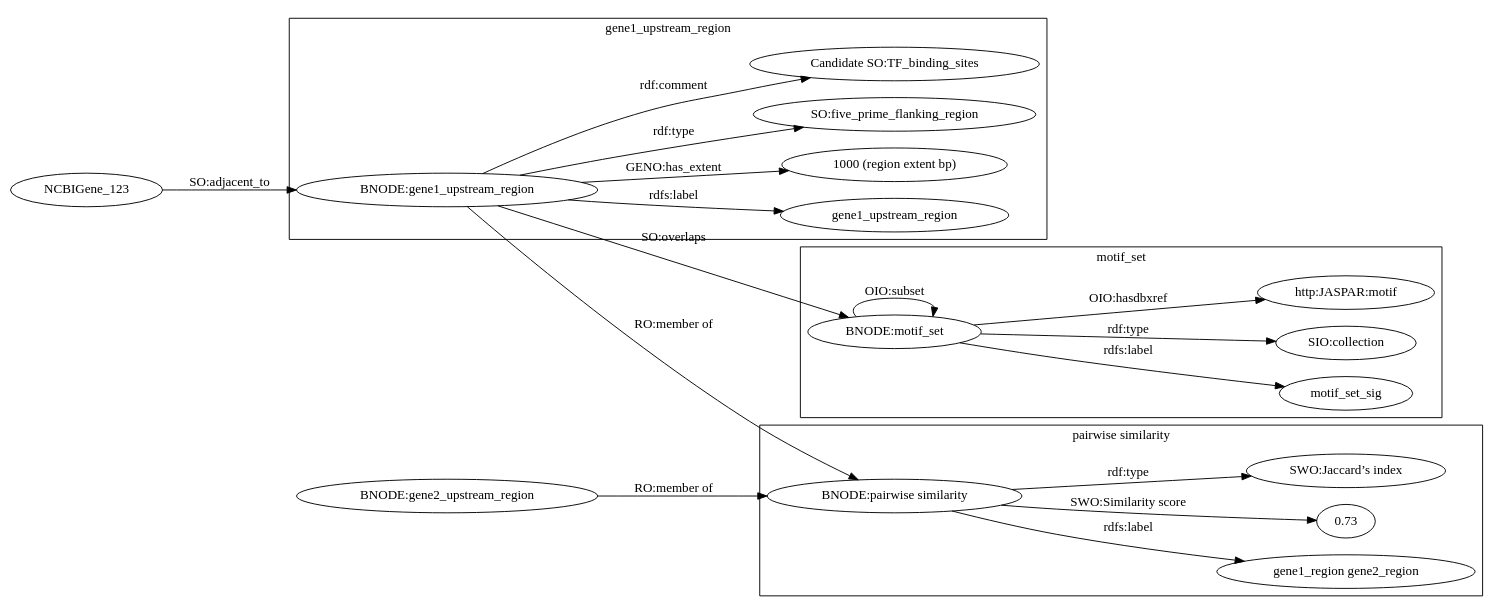
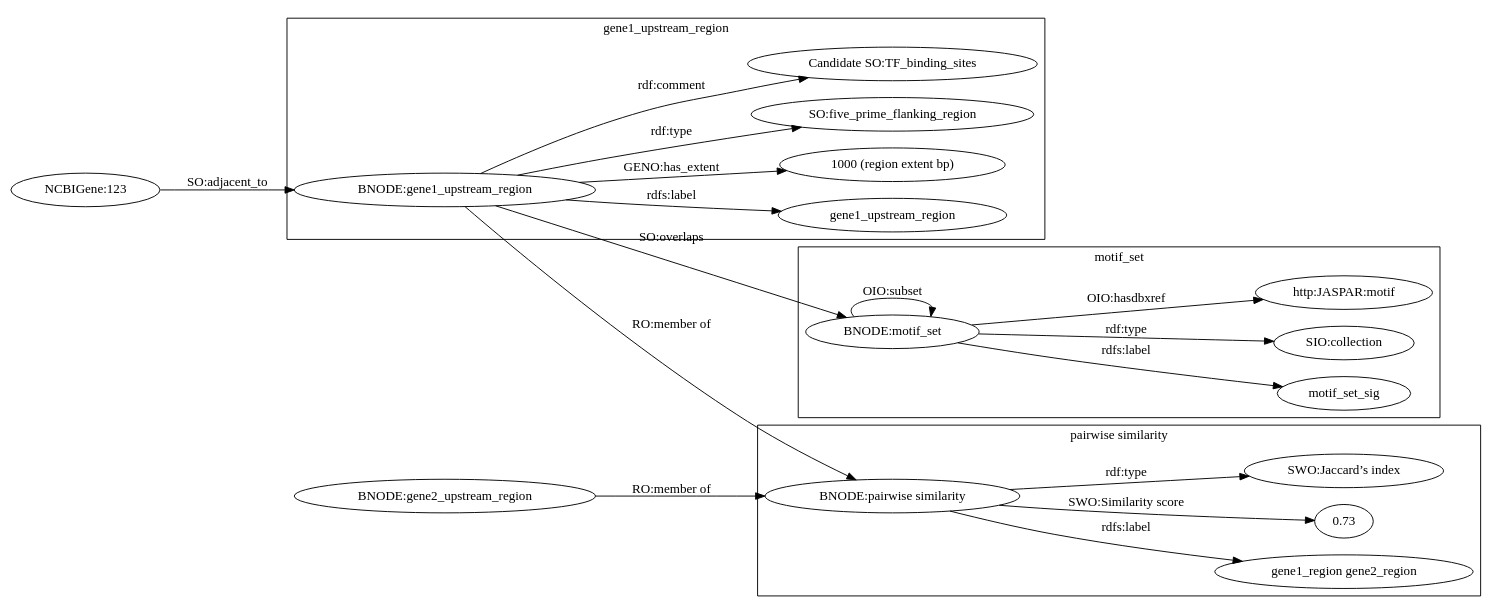
One commit to TomConlin/Jaspar_FA changed the diagram in jaspar_target_model.gv. Above: the diagram before and after it, drawn with Graphviz. The commit also changed 3 other files, not shown here.

```diff
--- a/jaspar_target_model.gv
+++ b/jaspar_target_model.gv
@@ -1,45 +1,45 @@
 
 digraph{
  rankdir=LR;
  compound=true;
  title=JASPAR_target_model
  
- "NCBIGene_123" -> "BNODE:gene1_upstream_region" [label="SO:adjacent_to"]
+ "NCBIGene:123" -> "BNODE:gene1_upstream_region" [label="SO:adjacent_to"]
 
  subgraph  cluster_0 { // the genomic region
 	label=gene1_upstream_region
 	"BNODE:gene1_upstream_region" -> "gene1_upstream_region" [label="rdfs:label"]
 	"BNODE:gene1_upstream_region" -> "1000 (region extent bp)" [label="GENO:has_extent"]
 	"BNODE:gene1_upstream_region" -> "SO:five_prime_flanking_region" [label="rdf:type"]	
 	"BNODE:gene1_upstream_region" -> "Candidate SO:TF_binding_sites" [label="rdf:comment"]
  }
 
  "BNODE:gene1_upstream_region"-> "BNODE:motif_set" [label="SO:overlaps"]
 
  subgraph cluster_1 { // set of motifs
 	label=motif_set	
 	"BNODE:motif_set" -> "motif_set_sig"[label="rdfs:label"]
 	"BNODE:motif_set" -> "SIO:collection"[label="rdf:type"]
 	//"BNODE:motif_set" -> "3 (flavors)"  [label="rdf:value"]
 	// FROM: motifsetsig_motif.tab (mmotif_set_sig, motif) 
 	"BNODE:motif_set" -> "http:JASPAR:motif"   [label="OIO:hasdbxref"]
  }
 
 "BNODE:motif_set" -> "BNODE:motif_set" [label="OIO:subset"]  // prolly not 
 
 // "BNODE:motif_set" -> "JASPAR:motif" [label="RO:has member"]
 // "JASPAR:motif" -> "SO:nucleotide_motif" [label="rdf:type"]
 // "JASPAR:motif" -> "http:JASPAR:motif"   [label="OIO:hasdbxref"]
 // "JASPAR:motif" -> "motif"[label="rdfs:label"]
 
  "BNODE:gene1_upstream_region" -> "BNODE:pairwise similarity" [label="RO:member of"]
  "BNODE:gene2_upstream_region" -> "BNODE:pairwise similarity" [label="RO:member of"]
 
  subgraph cluster_2 { // pairwise similarity
 	label="pairwise similarity"	
 	"BNODE:pairwise similarity" -> "gene1_region gene2_region" [label="rdfs:label"]
 	"BNODE:pairwise similarity" -> "0.73" [label="SWO:Similarity score"]
 	"BNODE:pairwise similarity" -> "SWO:Jaccard’s index" [label="rdf:type"]
 	//  Term IRI: http://www.ebi.ac.uk/efo/swo/SWO_0000243
  }
 }
```
